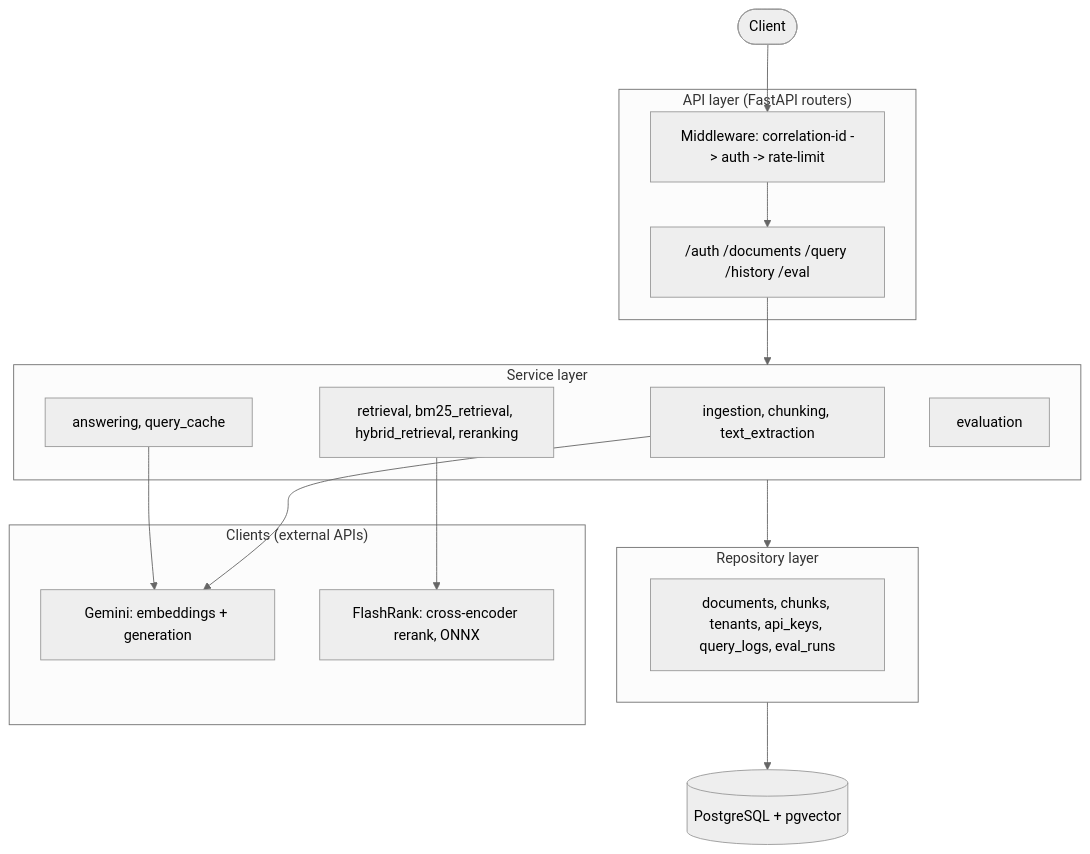
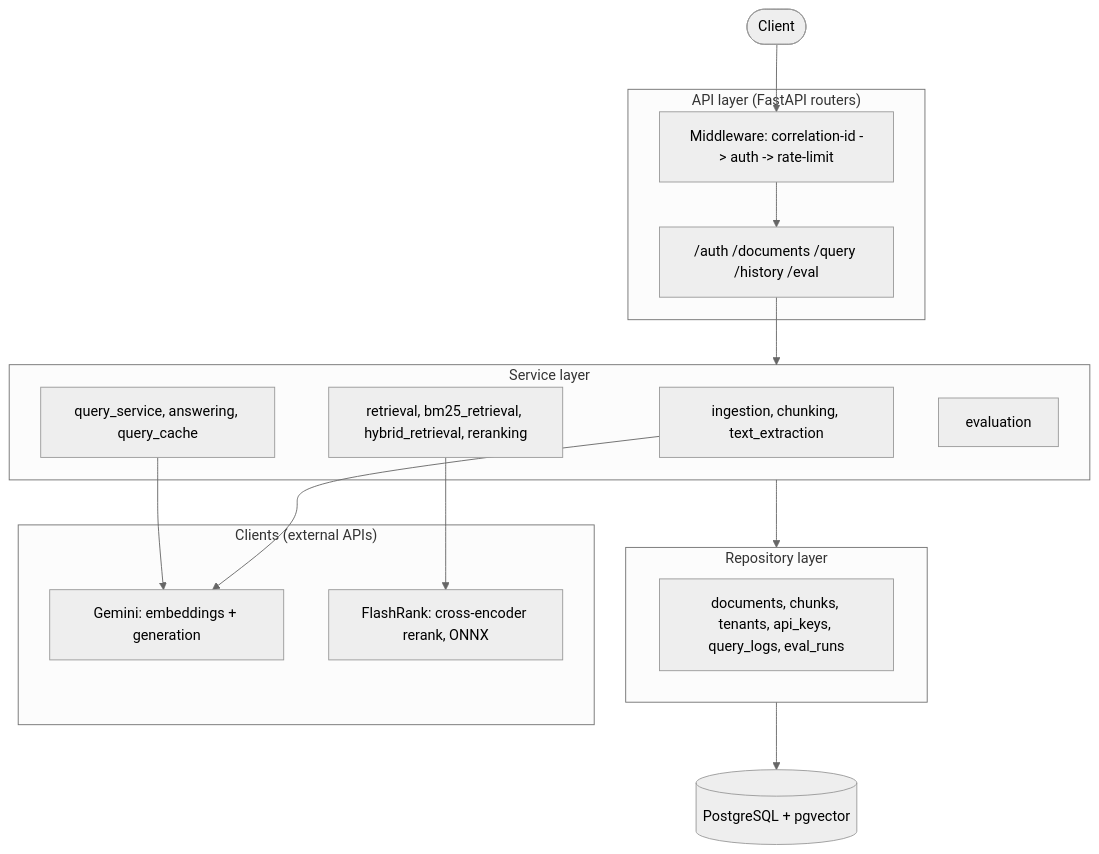
The first of 3 diagrams in README.md (dkrapansh/documind), drawn with Mermaid (neutral theme) before and after one commit. The commit also changed other lines of this file, not shown here.

````diff
--- a/README.md
+++ b/README.md
@@ -55,33 +50,33 @@
 ```mermaid
 flowchart TB
     Client([Client])
 
     subgraph API["API layer (FastAPI routers)"]
         MW["Middleware: correlation-id -> auth -> rate-limit"]
         Routers["/auth /documents /query /history /eval"]
     end
 
     subgraph SVC["Service layer"]
         Ingest["ingestion, chunking, text_extraction"]
         Retr["retrieval, bm25_retrieval, hybrid_retrieval, reranking"]
-        Ans["answering, query_cache"]
+        Ans["query_service, answering, query_cache"]
         Eval["evaluation"]
     end
 
     subgraph REPO["Repository layer"]
         Repos["documents, chunks, tenants, api_keys, query_logs, eval_runs"]
     end
 
     subgraph EXT["Clients (external APIs)"]
         Gemini["Gemini: embeddings + generation"]
         FlashRank["FlashRank: cross-encoder rerank, ONNX"]
     end
 
     DB[(PostgreSQL + pgvector)]
 
     Client --> MW --> Routers --> SVC
     SVC --> REPO --> DB
     Retr --> FlashRank
     Ingest --> Gemini
     Ans --> Gemini
 ```
````
